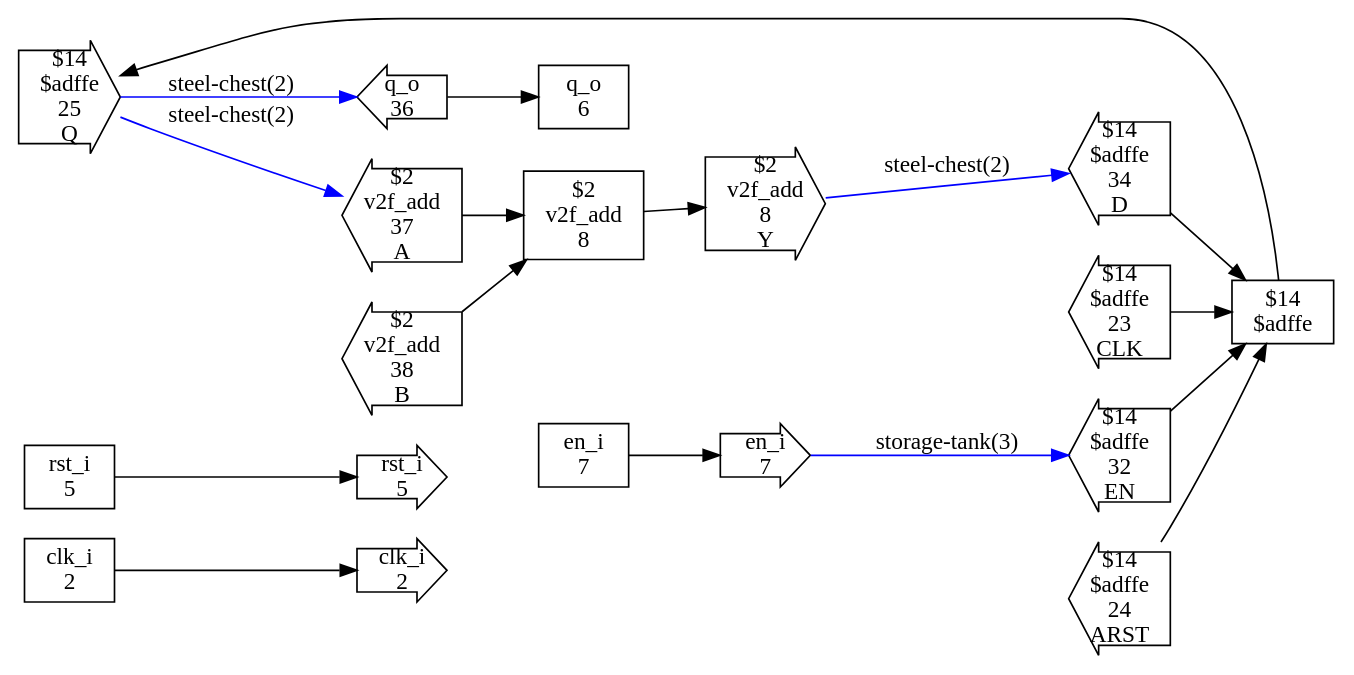
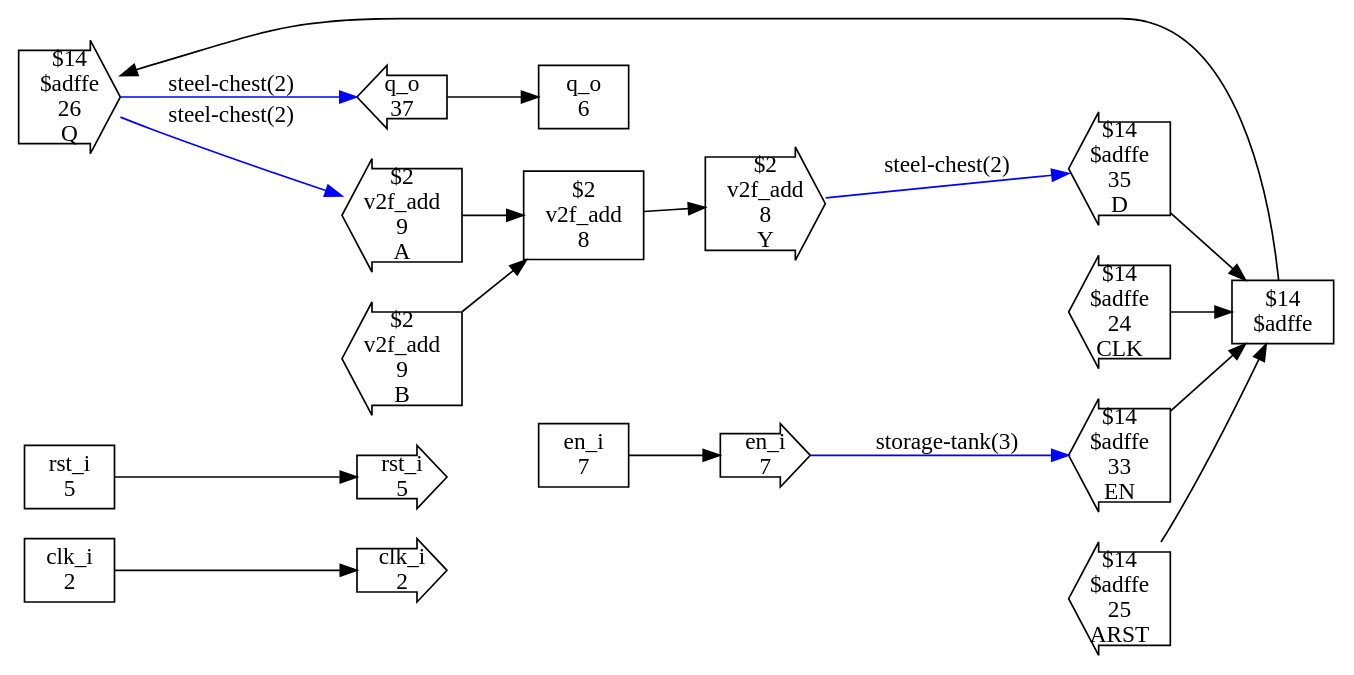
The diagram in test_designs/counter32/checked_design.dot (ben-j-c/verilog2factorio), drawn with Graphviz before and after one commit. The commit also changed 44 other files, not shown here.

```diff
--- a/test_designs/counter32/checked_design.dot
+++ b/test_designs/counter32/checked_design.dot
@@ -1,72 +1,72 @@
 digraph CheckedDesign {
   rankdir=LR
   n0[shape=box,label="clk_i
 2"]
   n1[shape=box,label="rst_i
 5"]
   n2[shape=box,label="q_o
 6"]
   n3[shape=box,label="en_i
 7"]
   n4[shape=box,label="$2
 v2f_add
 8"]
   n5[shape=box,label="$14
 $adffe"]
   n6[shape=rarrow,label="clk_i
 2"]
   n7[shape=rarrow,label="rst_i
 5"]
   n8[shape=larrow,label="q_o
-36"]
+37"]
   n9[shape=rarrow,label="en_i
 7"]
   n10[shape=larrow,label="$2
 v2f_add
-37
+9
 A"]
   n11[shape=larrow,label="$2
 v2f_add
-38
+9
 B"]
   n12[shape=rarrow,label="$2
 v2f_add
 8
 Y"]
   n13[shape=larrow,label="$14
 $adffe
-34
+35
 D"]
   n14[shape=larrow,label="$14
 $adffe
-23
+24
 CLK"]
   n15[shape=larrow,label="$14
 $adffe
-32
+33
 EN"]
   n16[shape=larrow,label="$14
 $adffe
-24
+25
 ARST"]
   n17[shape=rarrow,label="$14
 $adffe
-25
+26
 Q"]
   n0 -> n6
   n1 -> n7
   n3 -> n9
   n4 -> n12
   n5 -> n17
   n8 -> n2
   n9 -> n15 [label="storage-tank(3)",syle=bold,color=blue]
   n10 -> n4
   n11 -> n4
   n12 -> n13 [label="steel-chest(2)",syle=bold,color=blue]
   n13 -> n5
   n14 -> n5
   n15 -> n5
   n16 -> n5
   n17 -> n10 [label="steel-chest(2)",syle=bold,color=blue]
   n17 -> n8 [label="steel-chest(2)",syle=bold,color=blue]
 }
```
